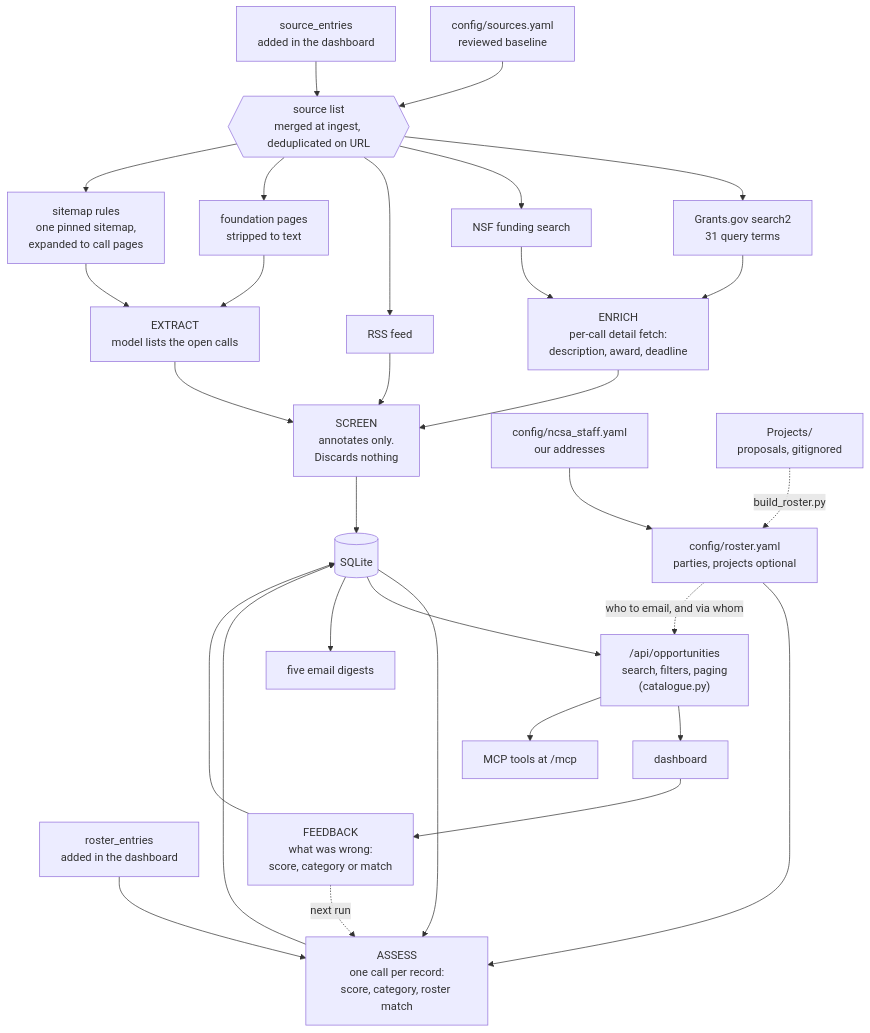
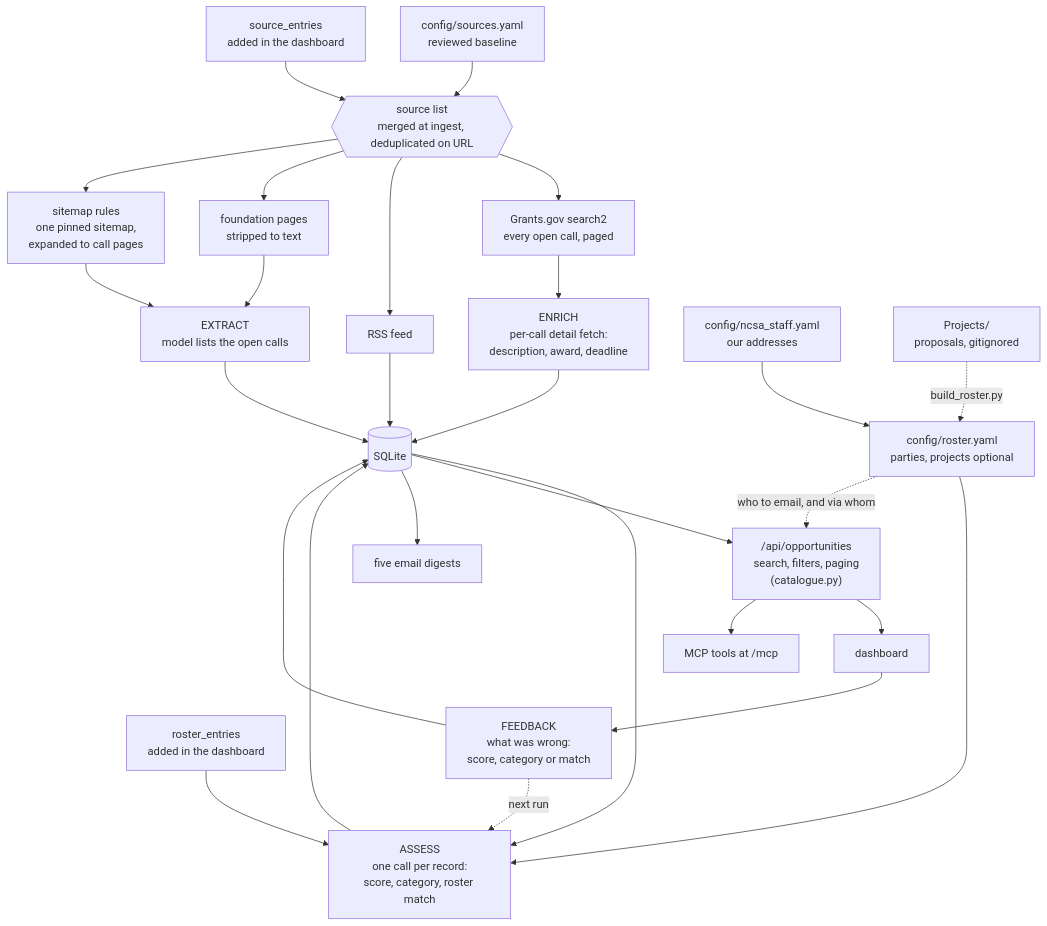
Before and after one commit to ncsa/grant-sift: the first of 3 diagrams in README.md, drawn with Mermaid. The commit also changed other lines of this file and 11 other files, not shown here.

First line of the commit message:
Fold relisted federal calls; read grants.gov whole (#52)

````diff
--- a/README.md
+++ b/README.md
@@ -66,32 +66,29 @@
 ```mermaid
 flowchart TD
     SRC["config/sources.yaml<br/>reviewed baseline"] --> SL
     SRC2["source_entries<br/>added in the dashboard"] --> SL
     SL{{"source list<br/>merged at ingest, deduplicated on URL"}}
     SL --> A1
-    SL --> A2
     SL --> A3
     SL --> A4
     SL --> A5
-    A1["Grants.gov search2<br/>31 query terms"] --> E
-    A2["NSF funding search"] --> E
-    A3["RSS feed"] --> SC
+    A1["Grants.gov search2<br/>every open call, paged"] --> E
+    A3["RSS feed"] --> S
     A4["foundation pages<br/>stripped to text"] --> X
     A5["sitemap rules<br/>one pinned sitemap,<br/>expanded to call pages"] --> X
-    X["EXTRACT<br/>model lists the open calls"] --> SC
-    E["ENRICH<br/>per-call detail fetch:<br/>description, award, deadline"] --> SC
-    SC["SCREEN<br/>annotates only.<br/>Discards nothing"] --> S[("SQLite")]
+    X["EXTRACT<br/>model lists the open calls"] --> S[("SQLite")]
+    E["ENRICH<br/>per-call detail fetch:<br/>description, award, deadline"] --> S
     S --> AS["ASSESS<br/>one call per record:<br/>score, category, roster match"]
     R1["config/roster.yaml<br/>parties, projects optional"] --> AS
     R2["roster_entries<br/>added in the dashboard"] --> AS
     R3["config/ncsa_staff.yaml<br/>our addresses"] --> R1
     P["Projects/<br/>proposals, gitignored"] -.->|"build_roster.py"| R1
     AS --> S
     S --> J["/api/opportunities<br/>search, filters, paging<br/>(catalogue.py)"] --> D["dashboard"]
     J --> M["MCP tools at /mcp"]
     R1 -.->|"who to email, and via whom"| J
     S --> G["five email digests"]
     D --> F["FEEDBACK<br/>what was wrong:<br/>score, category or match"]
     F --> S
     F -.->|"next run"| AS
 ```
````
